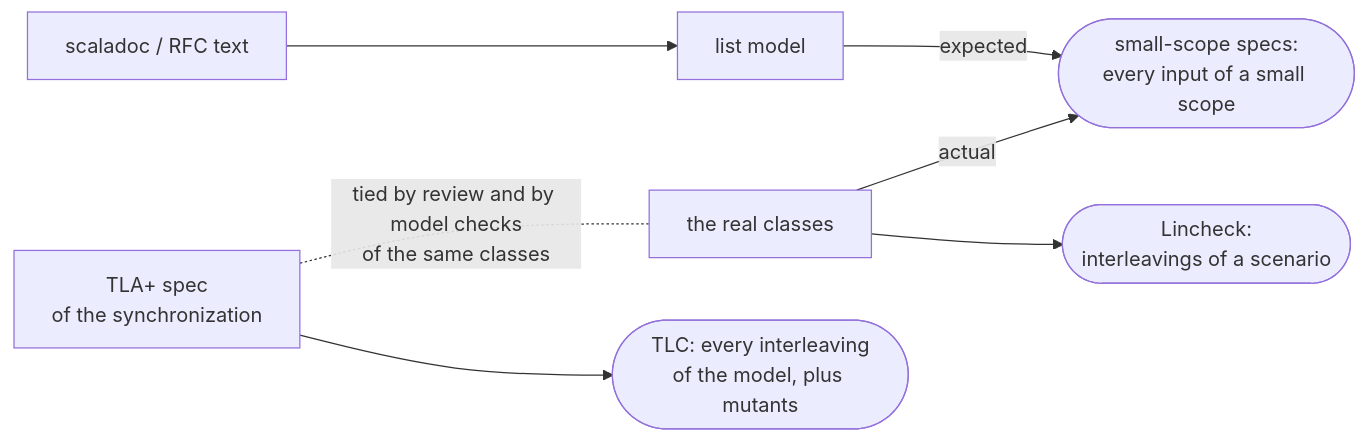
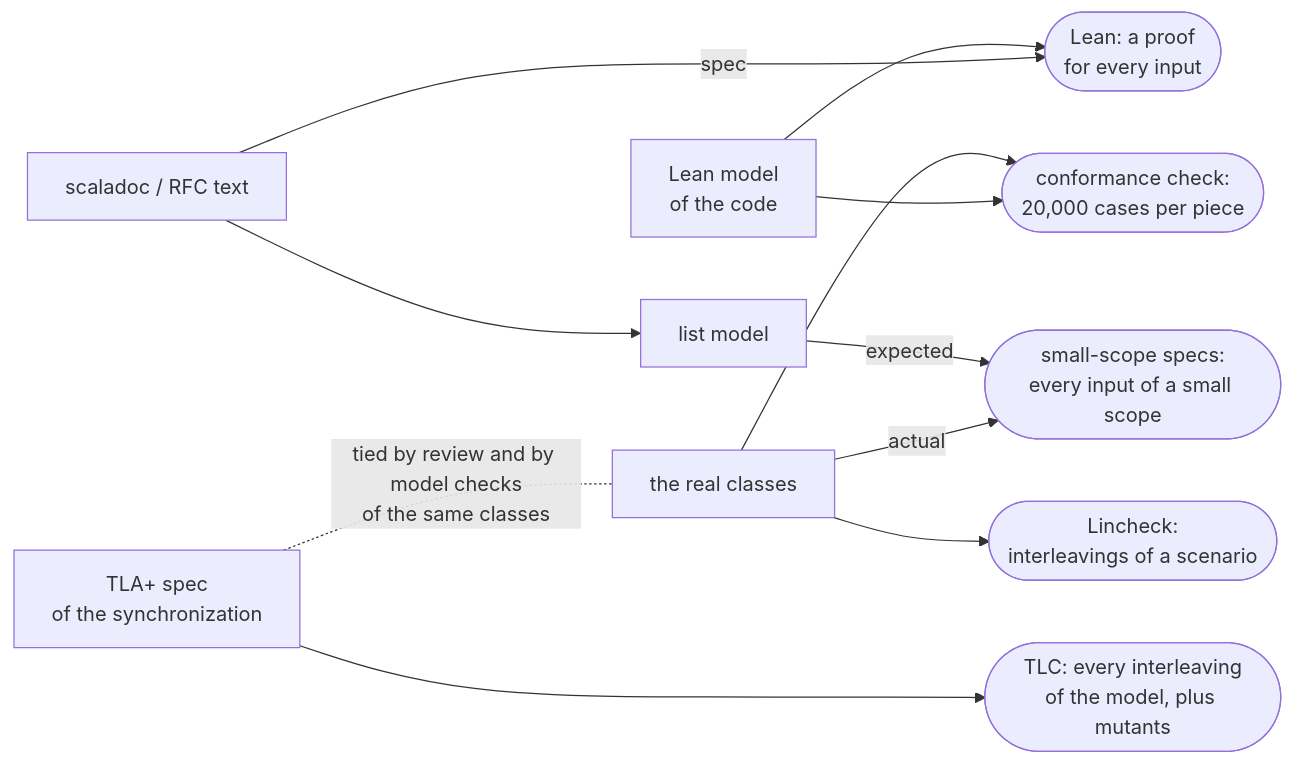
One commit to cequence-io/ws-client changed the diagram in docs/verification.md. Above: the diagram before and after it, drawn with Mermaid. The commit also changed other lines of this file and 39 other files, not shown here.

First line of the commit message:
Lean 4 proofs of four pure parts, with a conformance check against the code

````diff
--- a/docs/verification.md
+++ b/docs/verification.md
@@ -17,18 +20,25 @@
 ```mermaid
 flowchart LR
     doc["scaladoc / RFC text"]
     model["list model"]
     code["the real classes"]
+    lean["Lean model<br/>of the code"]
     design["TLA+ spec<br/>of the synchronization"]
 
     small(["small-scope specs:<br/>every input of a small scope"])
     lincheck(["Lincheck:<br/>interleavings of a scenario"])
+    conformance(["conformance check:<br/>20,000 cases per piece"])
+    proof(["Lean: a proof<br/>for every input"])
     tlc(["TLC: every interleaving<br/>of the model, plus mutants"])
 
     doc --> model
     model -- "expected" --> small
     code -- "actual" --> small
     code --> lincheck
-    design --> tlc
+    code --> conformance
+    lean --> conformance
+    lean --> proof
+    doc -- "spec" --> proof
+    design ---> tlc
     design -. "tied by review and by model checks<br/>of the same classes" .- code
 ```
````
